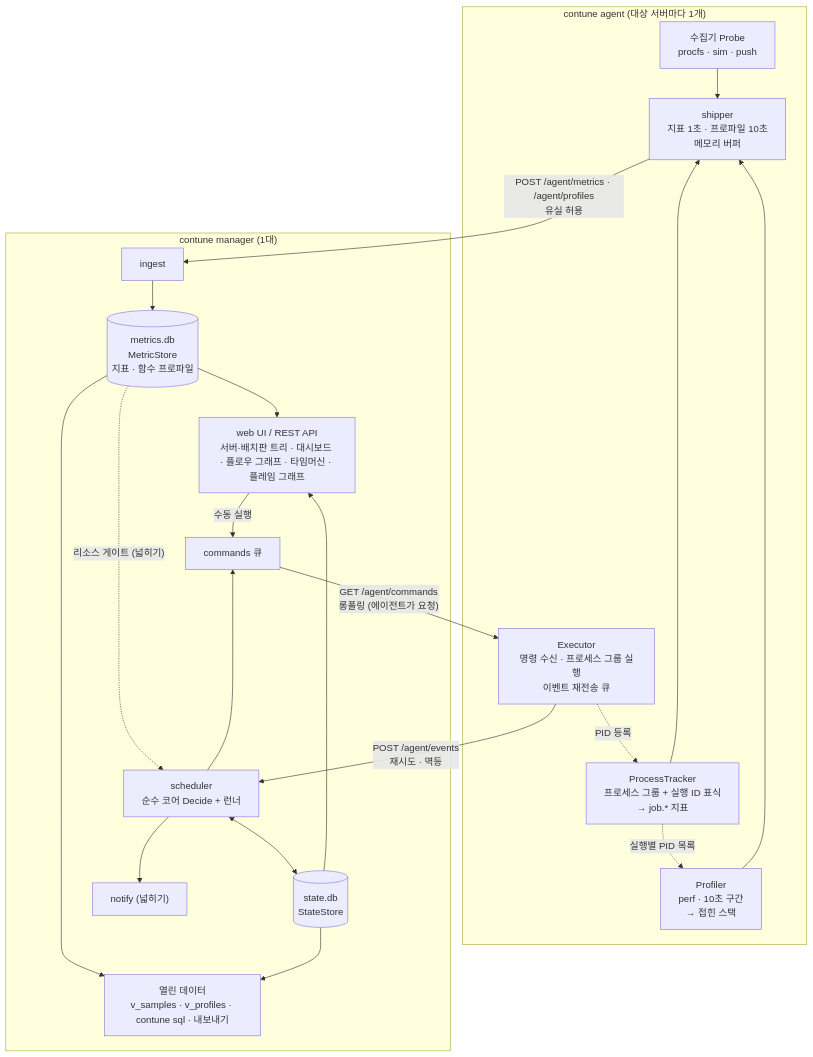
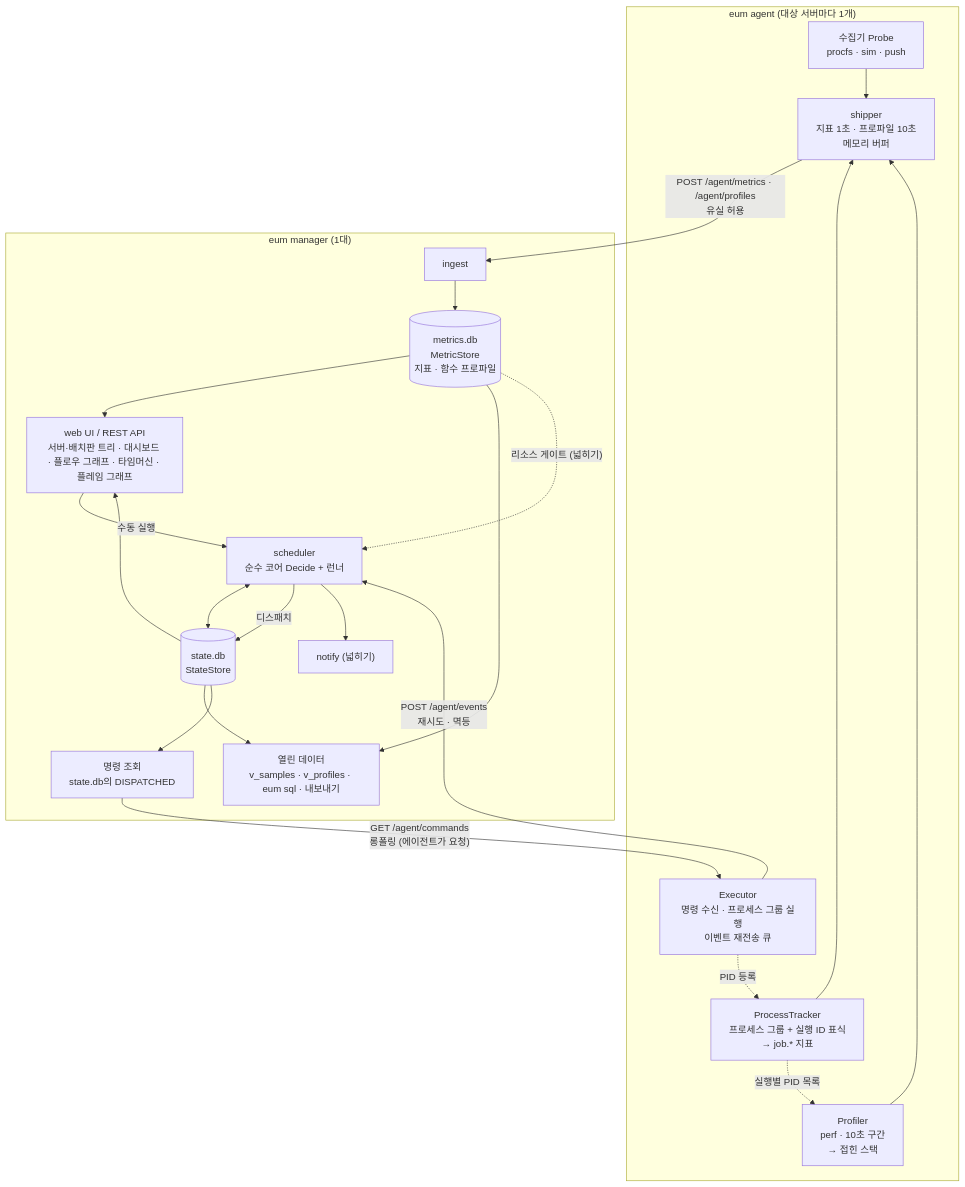
One commit to bulletgirls/contune changed the first of 3 diagrams in docs/02-mvp-architecture.md. Above: the diagram before and after it, drawn with Mermaid. The commit also changed other lines of this file and 11 other files, not shown here.

````diff
--- a/docs/02-mvp-architecture.md
+++ b/docs/02-mvp-architecture.md
@@ -62,38 +77,39 @@
 ```mermaid
 flowchart TB
-  subgraph AG["contune agent (대상 서버마다 1개)"]
+  subgraph AG["eum agent (대상 서버마다 1개)"]
     P["수집기 Probe<br/>procfs · sim · push"]
     E["Executor<br/>명령 수신 · 프로세스 그룹 실행<br/>이벤트 재전송 큐"]
     T["ProcessTracker<br/>프로세스 그룹 + 실행 ID 표식<br/>→ job.* 지표"]
     PR["Profiler<br/>perf · 10초 구간<br/>→ 접힌 스택"]
     S["shipper<br/>지표 1초 · 프로파일 10초<br/>메모리 버퍼"]
     P --> S
     T --> S
     PR --> S
     E -.->|PID 등록| T
     T -.->|실행별 PID 목록| PR
   end
-  subgraph MG["contune manager (1대)"]
+  subgraph MG["eum manager (1대)"]
     I["ingest"]
     MS[("metrics.db<br/>MetricStore<br/>지표 · 함수 프로파일")]
     SS[("state.db<br/>StateStore")]
     SC["scheduler<br/>순수 코어 Decide + 런너"]
-    Q["commands 큐"]
+    Q["명령 조회<br/>state.db의 DISPATCHED"]
     W["web UI / REST API<br/>서버·배치판 트리 · 대시보드 · 플로우 그래프 · 타임머신 · 플레임 그래프"]
-    D["열린 데이터<br/>v_samples · v_profiles · contune sql · 내보내기"]
+    D["열린 데이터<br/>v_samples · v_profiles · eum sql · 내보내기"]
     N["notify (넓히기)"]
     I --> MS
     MS --> W
     SS --> W
     MS --> D
     SS --> D
     MS -.->|"리소스 게이트 (넓히기)"| SC
     SC <--> SS
-    SC --> Q
+    SC -->|디스패치| SS
+    SS --> Q
     SC --> N
-    W -- "수동 실행" --> Q
+    W -- "수동 실행" --> SC
   end
   S -- "POST /agent/metrics · /agent/profiles<br/>유실 허용" --> I
   E -- "POST /agent/events<br/>재시도 · 멱등" --> SC
   Q -- "GET /agent/commands<br/>롱폴링 (에이전트가 요청)" --> E
 ```
````
